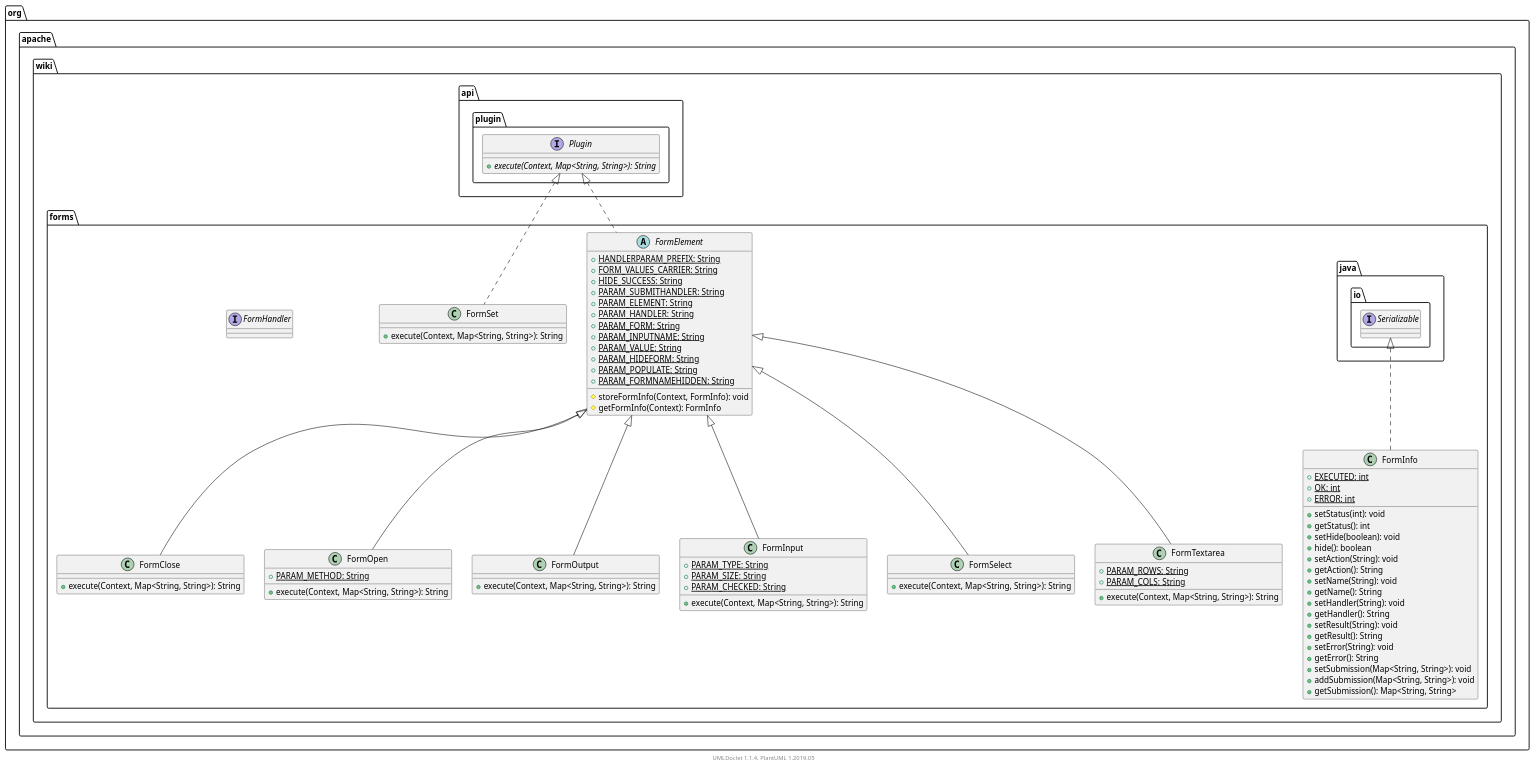
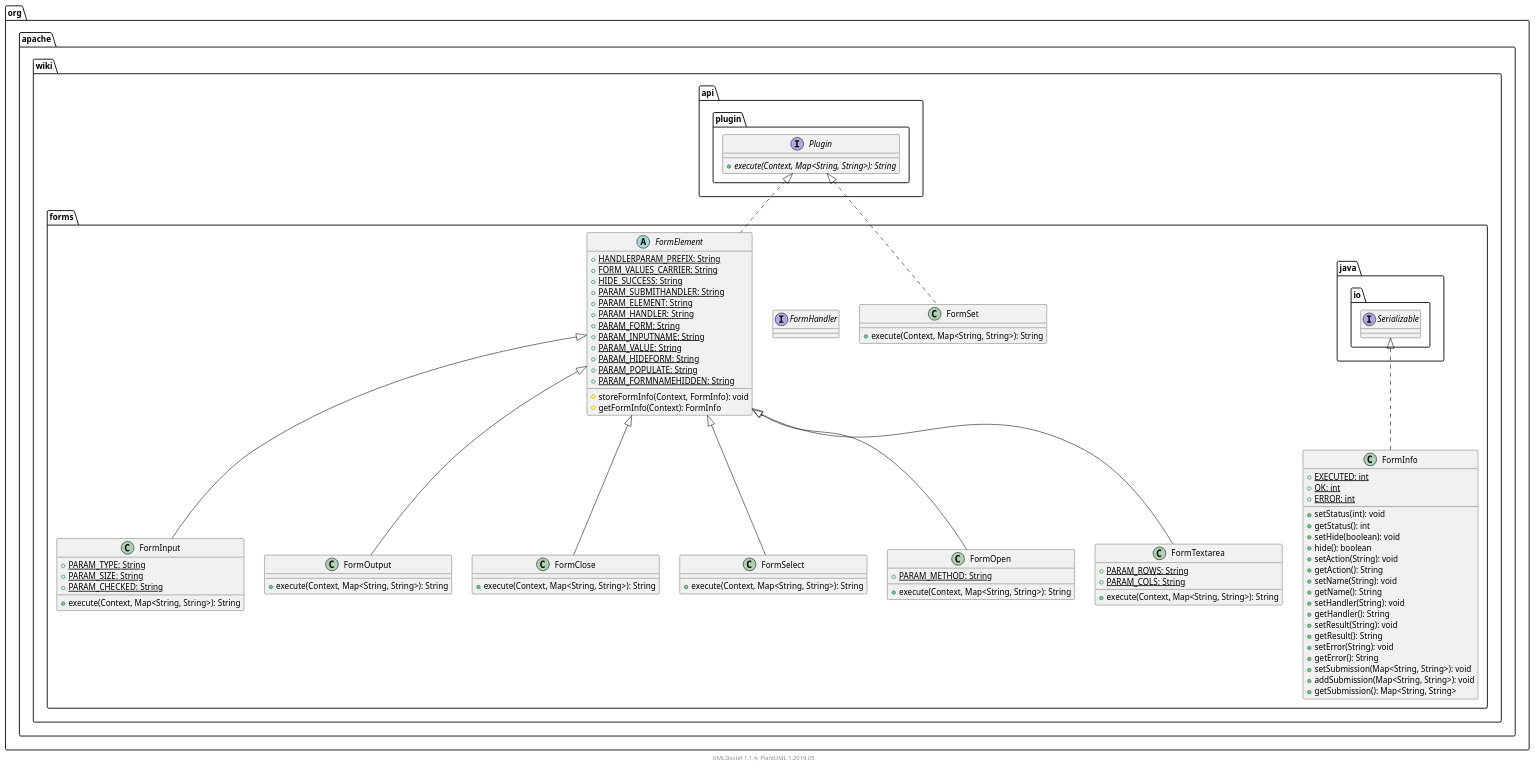
The diagram in apidocs/2.11.0.M8-SNAPSHOT/org/apache/wiki/forms/package.puml (apache/jspwiki-site), drawn with PlantUML before and after one commit. The commit also changed other lines of this file and 1878 other files, not shown here.

```diff
--- a/apidocs/2.11.0.M8-SNAPSHOT/org/apache/wiki/forms/package.puml
+++ b/apidocs/2.11.0.M8-SNAPSHOT/org/apache/wiki/forms/package.puml
@@ -1,108 +1,108 @@
 @startuml
 
     namespace org.apache.wiki.forms {
+
+        class FormInput [[FormInput.html]] {
+            {static} +PARAM_TYPE: String
+            {static} +PARAM_SIZE: String
+            {static} +PARAM_CHECKED: String
+            +execute(Context, Map<String, String>): String
+        }
+
+        class FormSet [[FormSet.html]] {
+            +execute(Context, Map<String, String>): String
+        }
+
+        interface FormHandler [[FormHandler.html]] {
+        }
+
+        class FormOutput [[FormOutput.html]] {
+            +execute(Context, Map<String, String>): String
+        }
+
+        abstract class FormElement [[FormElement.html]] {
+            {static} +HANDLERPARAM_PREFIX: String
+            {static} +FORM_VALUES_CARRIER: String
+            {static} +HIDE_SUCCESS: String
+            {static} +PARAM_SUBMITHANDLER: String
+            {static} +PARAM_ELEMENT: String
+            {static} +PARAM_HANDLER: String
+            {static} +PARAM_FORM: String
+            {static} +PARAM_INPUTNAME: String
+            {static} +PARAM_VALUE: String
+            {static} +PARAM_HIDEFORM: String
+            {static} +PARAM_POPULATE: String
+            {static} +PARAM_FORMNAMEHIDDEN: String
+            #storeFormInfo(Context, FormInfo): void
+            #getFormInfo(Context): FormInfo
+        }
+
+        class FormClose [[FormClose.html]] {
+            +execute(Context, Map<String, String>): String
+        }
+
+        class FormSelect [[FormSelect.html]] {
+            +execute(Context, Map<String, String>): String
+        }
+
+        class FormOpen [[FormOpen.html]] {
+            {static} +PARAM_METHOD: String
+            +execute(Context, Map<String, String>): String
+        }
 
         class FormInfo [[FormInfo.html]] {
             {static} +EXECUTED: int
             {static} +OK: int
             {static} +ERROR: int
             +setStatus(int): void
             +getStatus(): int
             +setHide(boolean): void
             +hide(): boolean
             +setAction(String): void
             +getAction(): String
             +setName(String): void
             +getName(): String
             +setHandler(String): void
             +getHandler(): String
             +setResult(String): void
             +getResult(): String
             +setError(String): void
             +getError(): String
             +setSubmission(Map<String, String>): void
             +addSubmission(Map<String, String>): void
             +getSubmission(): Map<String, String>
         }
 
-        class FormClose [[FormClose.html]] {
-            +execute(Context, Map<String, String>): String
-        }
-
-        class FormOpen [[FormOpen.html]] {
-            {static} +PARAM_METHOD: String
-            +execute(Context, Map<String, String>): String
-        }
-
-        abstract class FormElement [[FormElement.html]] {
-            {static} +HANDLERPARAM_PREFIX: String
-            {static} +FORM_VALUES_CARRIER: String
-            {static} +HIDE_SUCCESS: String
-            {static} +PARAM_SUBMITHANDLER: String
-            {static} +PARAM_ELEMENT: String
-            {static} +PARAM_HANDLER: String
-            {static} +PARAM_FORM: String
-            {static} +PARAM_INPUTNAME: String
-            {static} +PARAM_VALUE: String
-            {static} +PARAM_HIDEFORM: String
-            {static} +PARAM_POPULATE: String
-            {static} +PARAM_FORMNAMEHIDDEN: String
-            #storeFormInfo(Context, FormInfo): void
-            #getFormInfo(Context): FormInfo
-        }
-
-        class FormOutput [[FormOutput.html]] {
-            +execute(Context, Map<String, String>): String
-        }
-
-        class FormSet [[FormSet.html]] {
-            +execute(Context, Map<String, String>): String
-        }
-
-        class FormInput [[FormInput.html]] {
-            {static} +PARAM_TYPE: String
-            {static} +PARAM_SIZE: String
-            {static} +PARAM_CHECKED: String
-            +execute(Context, Map<String, String>): String
-        }
-
-        interface FormHandler [[FormHandler.html]] {
-        }
-
-        class FormSelect [[FormSelect.html]] {
-            +execute(Context, Map<String, String>): String
-        }
-
         class FormTextarea [[FormTextarea.html]] {
             {static} +PARAM_ROWS: String
             {static} +PARAM_COLS: String
             +execute(Context, Map<String, String>): String
         }
 
-        interface java.io.Serializable
-        java.io.Serializable <|.. FormInfo
-
-        FormElement <|-- FormClose
-
-        FormElement <|-- FormOpen
+        FormElement <|-- FormInput
 
         interface org.apache.wiki.api.plugin.Plugin {
             {abstract} +execute(Context, Map<String, String>): String
         }
-        org.apache.wiki.api.plugin.Plugin <|.. FormElement
+        org.apache.wiki.api.plugin.Plugin <|.. FormSet
 
         FormElement <|-- FormOutput
 
-        org.apache.wiki.api.plugin.Plugin <|.. FormSet
+        org.apache.wiki.api.plugin.Plugin <|.. FormElement
 
-        FormElement <|-- FormInput
+        FormElement <|-- FormClose
 
         FormElement <|-- FormSelect
+
+        FormElement <|-- FormOpen
+
+        interface java.io.Serializable
+        java.io.Serializable <|.. FormInfo
 
         FormElement <|-- FormTextarea
 
     }
 
 
     center footer UMLDoclet 1.1.4, PlantUML 1.2019.05
 @enduml
```
